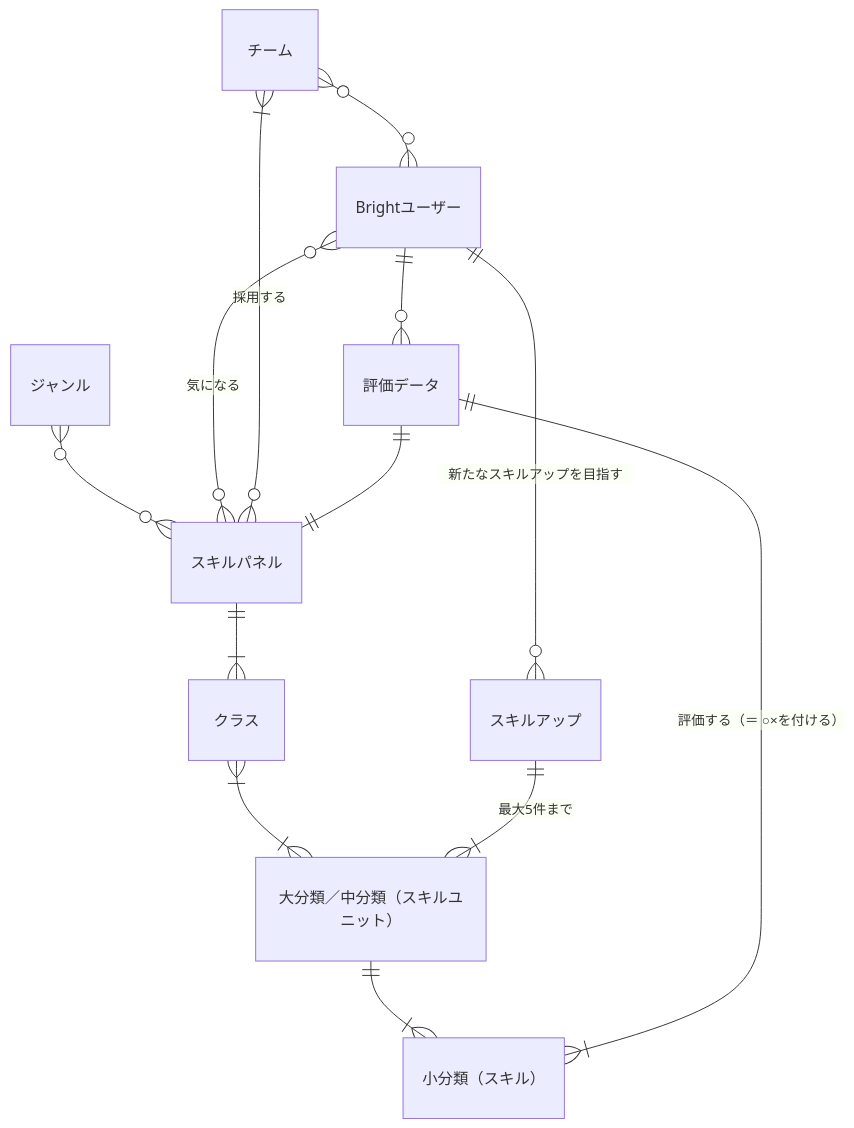
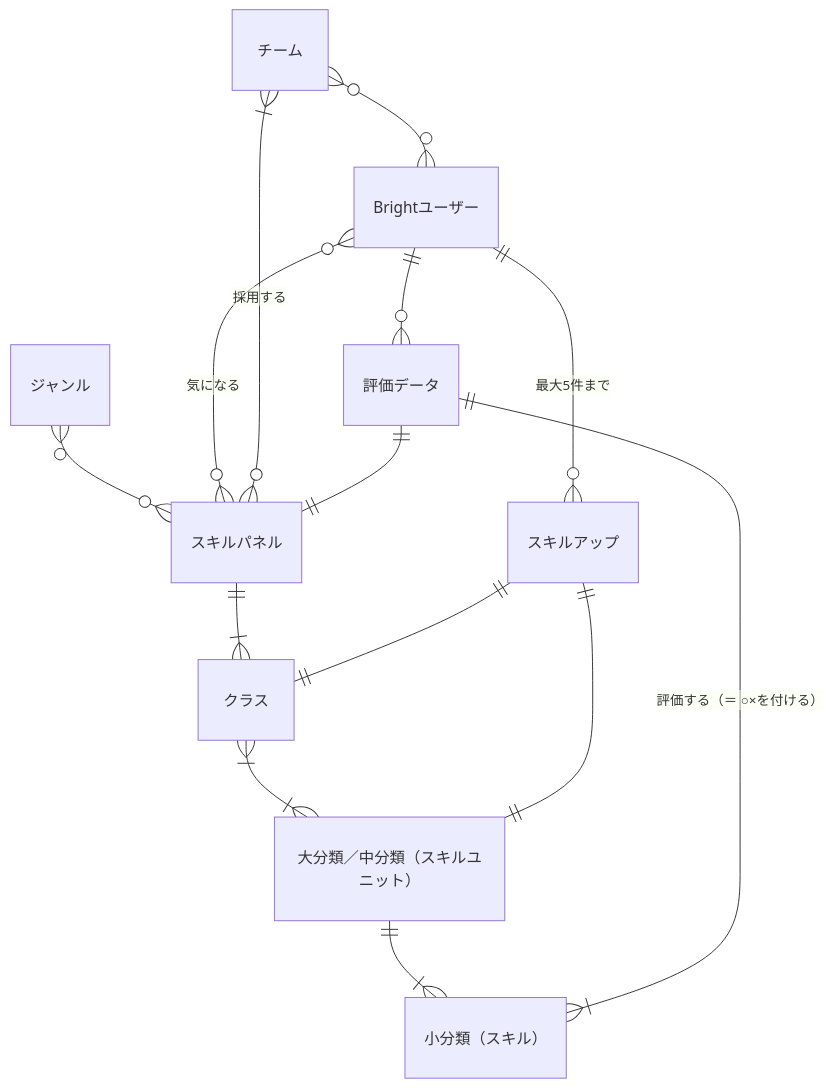
Before and after one commit to bright-org/bright: the diagram in docs/conceptual_schemas/skills.md, drawn with Mermaid. The commit also changed other lines of this file, not shown here.

Commit message:
docs: fix "スキルアップ" at skills conceptual schema

````diff
--- a/docs/conceptual_schemas/skills.md
+++ b/docs/conceptual_schemas/skills.md
@@ -20,15 +20,16 @@
 ```mermaid
 erDiagram
   "スキルパネル" ||--|{ "クラス" : ""
   "クラス" }|--|{ "大分類／中分類（スキルユニット）" : ""
   "大分類／中分類（スキルユニット）" ||--|{ "小分類（スキル）" : ""
   "ジャンル" }o--o{ "スキルパネル" : ""
   "Brightユーザー" }o--o{ "スキルパネル" : "気になる"
   "Brightユーザー" ||--o{ "評価データ" : ""
   "チーム" }o--o{ "Brightユーザー" : ""
   "チーム" }|--o{ "スキルパネル" : "採用する"
   "評価データ" ||--|| "スキルパネル" : ""
   "評価データ" ||--|{ "小分類（スキル）" : "評価する（＝ ○×を付ける）"
-  "Brightユーザー" ||--o{ "スキルアップ" : "新たなスキルアップを目指す"
-  "スキルアップ" ||--|{ "大分類／中分類（スキルユニット）" : "最大5件まで"
+  "Brightユーザー" ||--o{ "スキルアップ" : "最大5件まで"
+  "スキルアップ" ||--|| "クラス" : ""
+  "スキルアップ" ||--|| "大分類／中分類（スキルユニット）" : ""
 ```
````
